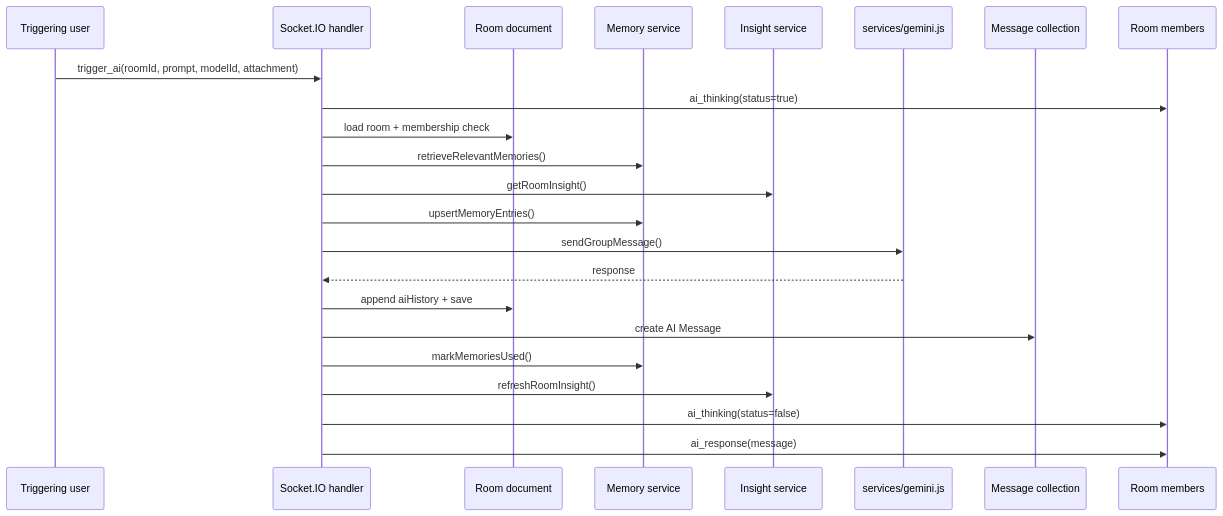
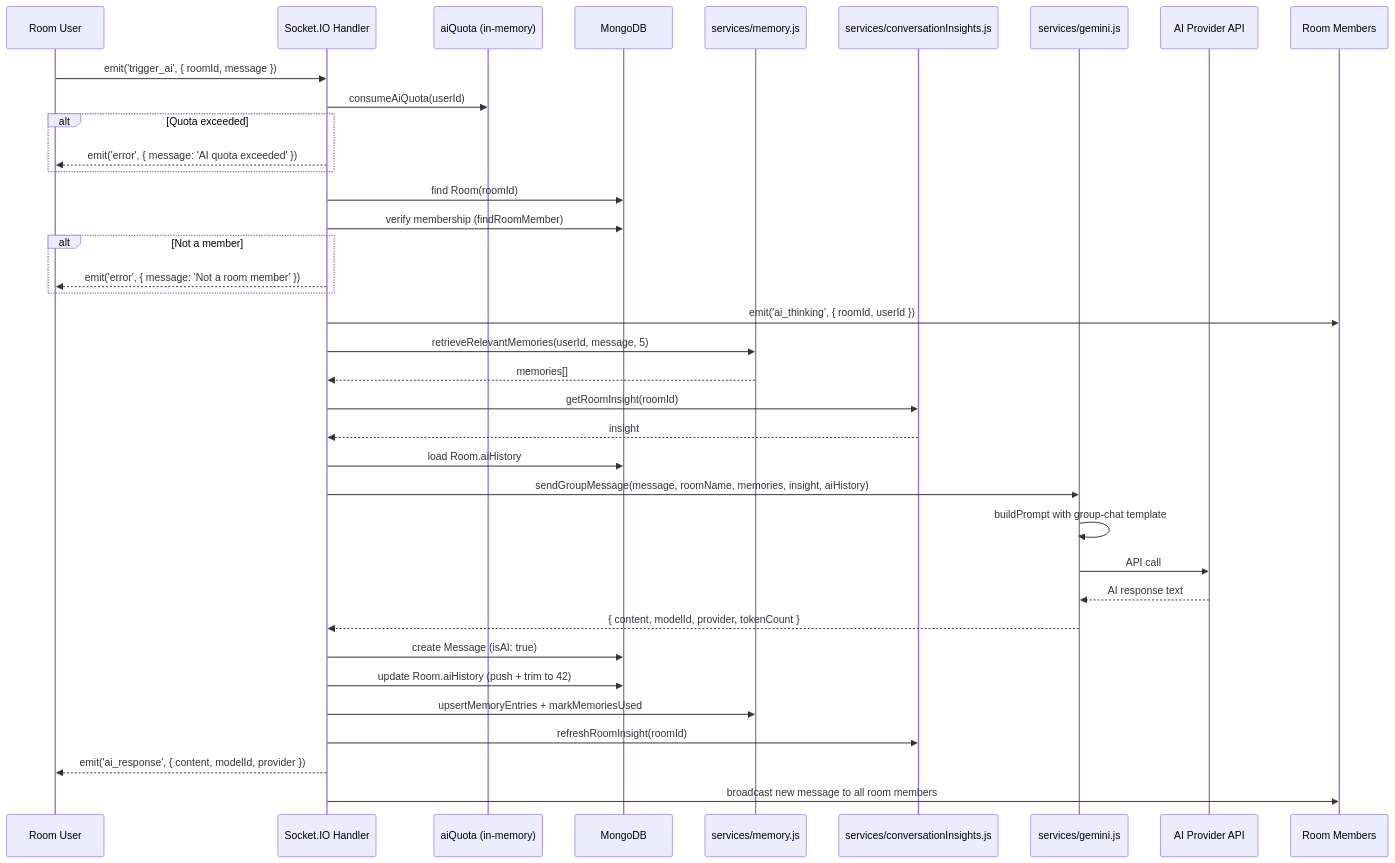
The diagram in docs/ai/05-socket-ai-overview.md (Ganesh172919/Backend_Practice), drawn with Mermaid before and after one commit. The commit also changed other lines of this file and 40 other files, not shown here.

````diff
--- a/docs/ai/05-socket-ai-overview.md
+++ b/docs/ai/05-socket-ai-overview.md
@@ -18,26 +196,40 @@
 ```mermaid
 sequenceDiagram
-    participant Caller as Triggering user
-    participant Socket as Socket.IO handler
-    participant Room as Room document
-    participant Memory as Memory service
-    participant Insight as Insight service
-    participant AI as services/gemini.js
-    participant Msg as Message collection
-    participant Members as Room members
+    participant User as Room User
+    participant Socket as Socket.IO Handler
+    participant Quota as aiQuota (in-memory)
+    participant DB as MongoDB
+    participant Memory as services/memory.js
+    participant Insight as services/conversationInsights.js
+    participant Gemini as services/gemini.js
+    participant Provider as AI Provider API
+    participant Room as Room Members
 
-    Caller->>Socket: trigger_ai(roomId, prompt, modelId, attachment)
-    Socket->>Members: ai_thinking(status=true)
-    Socket->>Room: load room + membership check
-    Socket->>Memory: retrieveRelevantMemories()
-    Socket->>Insight: getRoomInsight()
-    Socket->>Memory: upsertMemoryEntries()
-    Socket->>AI: sendGroupMessage()
-    AI-->>Socket: response
-    Socket->>Room: append aiHistory + save
-    Socket->>Msg: create AI Message
-    Socket->>Memory: markMemoriesUsed()
-    Socket->>Insight: refreshRoomInsight()
-    Socket->>Members: ai_thinking(status=false)
-    Socket->>Members: ai_response(message)
+    User->>Socket: emit('trigger_ai', { roomId, message })
+    Socket->>Quota: consumeAiQuota(userId)
+    alt Quota exceeded
+        Socket-->>User: emit('error', { message: 'AI quota exceeded' })
+    end
+    Socket->>DB: find Room(roomId)
+    Socket->>DB: verify membership (findRoomMember)
+    alt Not a member
+        Socket-->>User: emit('error', { message: 'Not a room member' })
+    end
+    Socket->>Room: emit('ai_thinking', { roomId, userId })
+    Socket->>Memory: retrieveRelevantMemories(userId, message, 5)
+    Memory-->>Socket: memories[]
+    Socket->>Insight: getRoomInsight(roomId)
+    Insight-->>Socket: insight
+    Socket->>DB: load Room.aiHistory
+    Socket->>Gemini: sendGroupMessage(message, roomName, memories, insight, aiHistory)
+    Gemini->>Gemini: buildPrompt with group-chat template
+    Gemini->>Provider: API call
+    Provider-->>Gemini: AI response text
+    Gemini-->>Socket: { content, modelId, provider, tokenCount }
+    Socket->>DB: create Message (isAI: true)
+    Socket->>DB: update Room.aiHistory (push + trim to 42)
+    Socket->>Memory: upsertMemoryEntries + markMemoriesUsed
+    Socket->>Insight: refreshRoomInsight(roomId)
+    Socket-->>User: emit('ai_response', { content, modelId, provider })
+    Socket->>Room: broadcast new message to all room members
 ```
````
